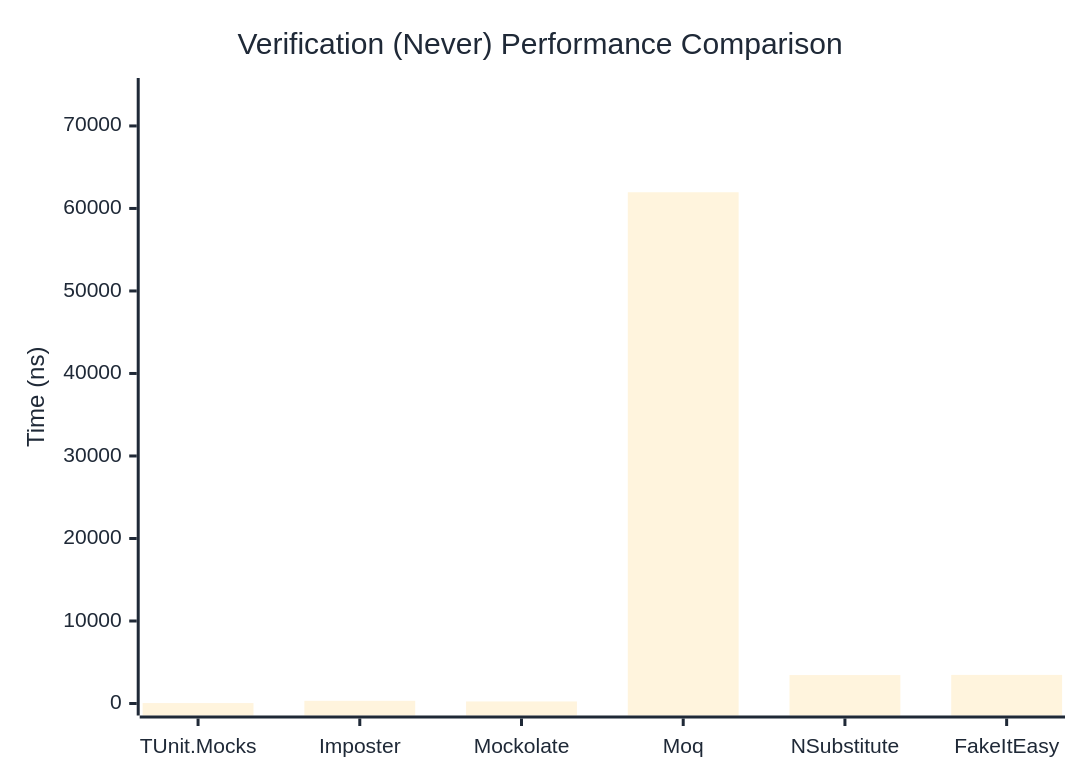
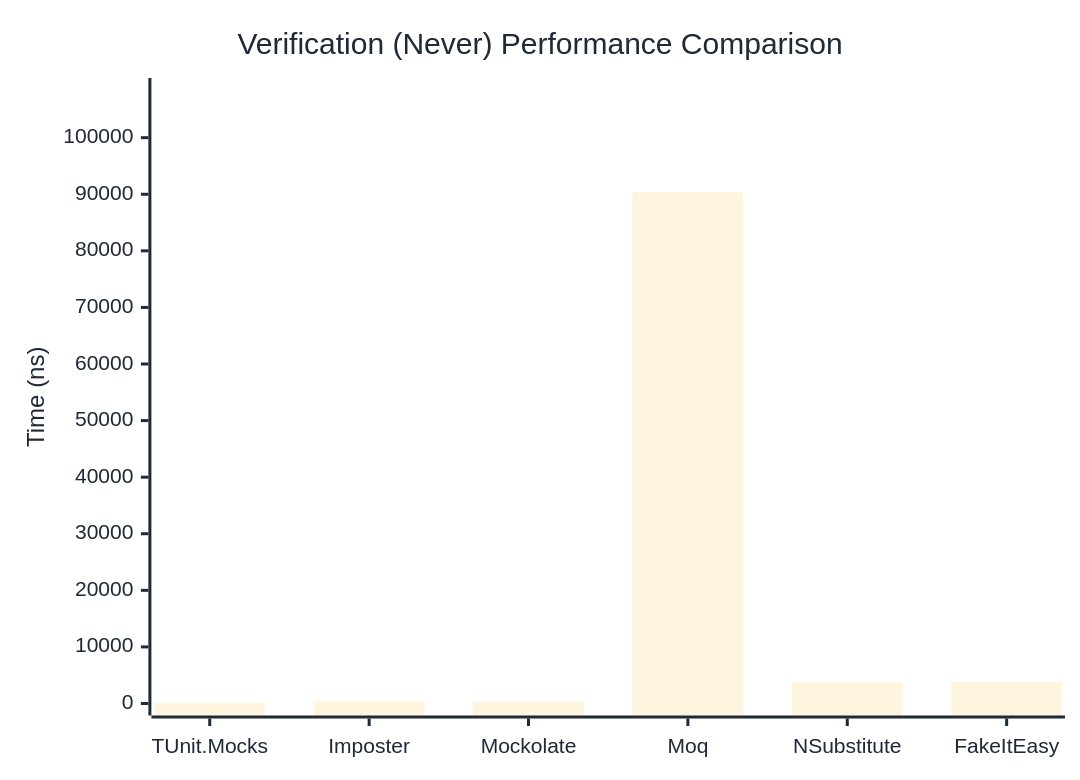
One commit to thomhurst/TUnit changed the second of 3 diagrams in docs/docs/benchmarks/mocks/Verification.md. Above: the diagram before and after it, drawn with Mermaid. The commit also changed other lines of this file and 14 other files, not shown here.

````diff
--- a/docs/docs/benchmarks/mocks/Verification.md
+++ b/docs/docs/benchmarks/mocks/Verification.md
@@ -69,27 +69,27 @@
 ```mermaid
 %%{init: {
   'theme':'base',
   'themeVariables': {
     'primaryColor': '#2563eb',
     'primaryTextColor': '#1f2937',
     'primaryBorderColor': '#1e40af',
     'lineColor': '#6b7280',
     'secondaryColor': '#7c3aed',
     'tertiaryColor': '#dc2626',
     'background': '#ffffff',
     'pie1': '#2563eb',
     'pie2': '#7c3aed',
     'pie3': '#dc2626',
     'pie4': '#f59e0b',
     'pie5': '#10b981',
     'pie6': '#06b6d4',
     'pie7': '#ec4899',
     'pie8': '#6366f1'
   }
 }}%%
 xychart-beta
   title "Verification (Never) Performance Comparison"
   x-axis ["TUnit.Mocks", "Imposter", "Mockolate", "Moq", "NSubstitute", "FakeItEasy"]
-  y-axis "Time (ns)" 0 --> 74356
-  bar [51.82, 323.52, 249.31, 61962.71, 3445.53, 3465.76]
+  y-axis "Time (ns)" 0 --> 108426
+  bar [50.25, 357.21, 263.61, 90354.61, 3723.91, 3799.59]
 ```
````
